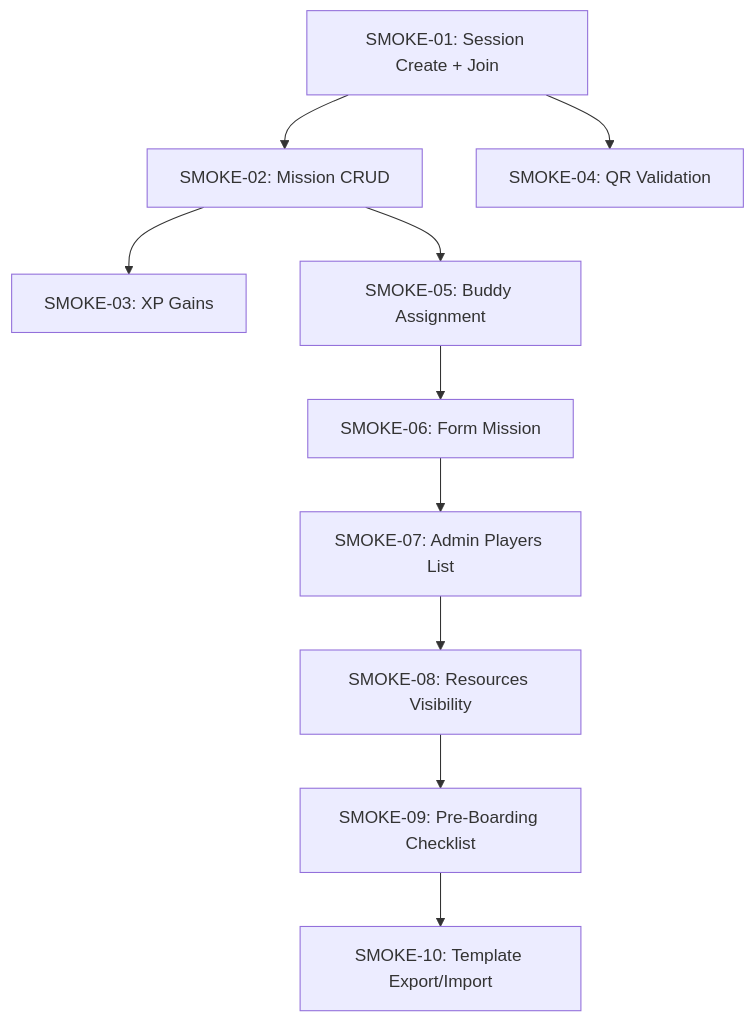
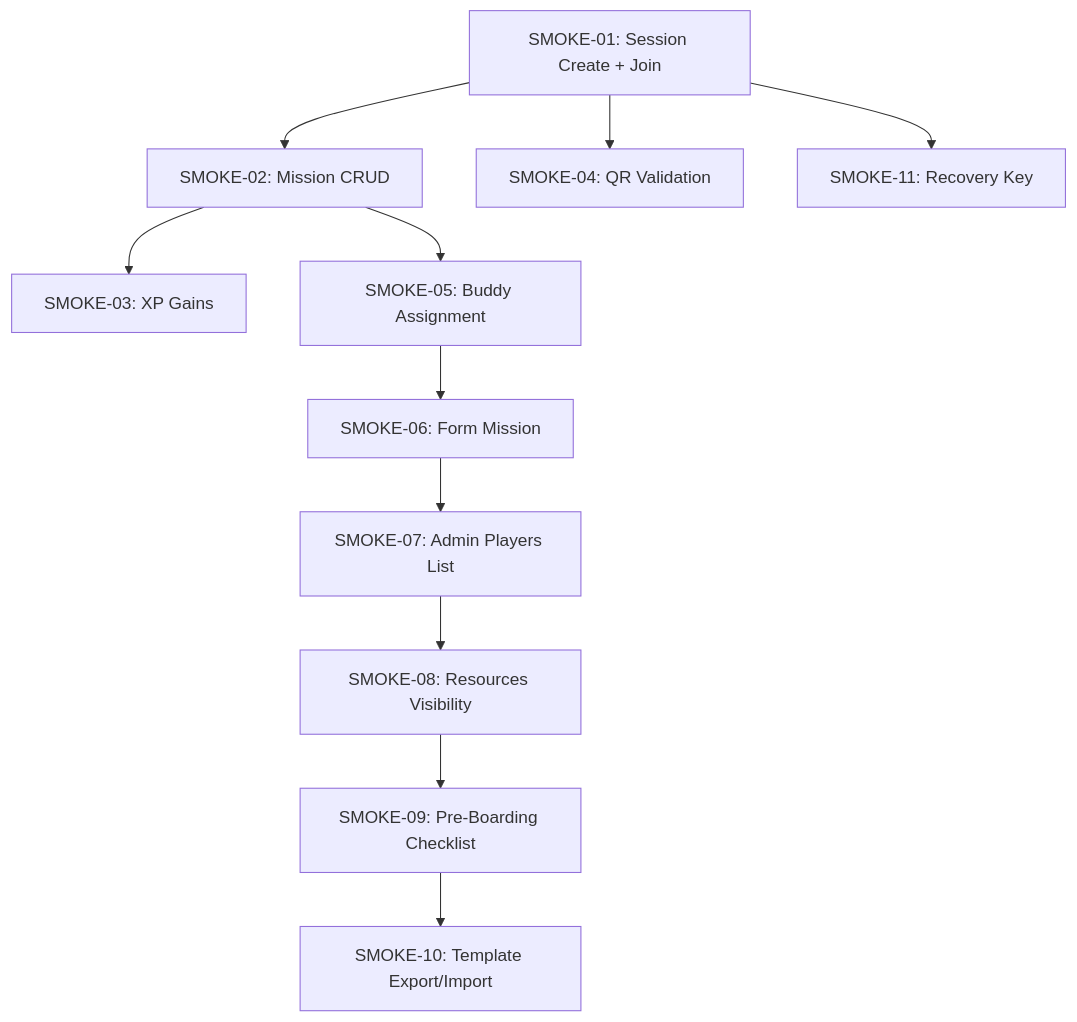
The first of 2 diagrams in plans/pocketbase-full-integration-strategy.md (hoonsubin/messe-buddy-app), drawn with Mermaid before and after one commit. The commit also changed other lines of this file and 40 other files, not shown here.

````diff
--- a/plans/pocketbase-full-integration-strategy.md
+++ b/plans/pocketbase-full-integration-strategy.md
@@ -811,12 +744,13 @@
 ```mermaid
 flowchart TD
     A[SMOKE-01: Session Create + Join] --> B[SMOKE-02: Mission CRUD]
     B --> C[SMOKE-03: XP Gains]
     A --> D[SMOKE-04: QR Validation]
     B --> E[SMOKE-05: Buddy Assignment]
     E --> F[SMOKE-06: Form Mission]
     F --> G[SMOKE-07: Admin Players List]
     G --> H[SMOKE-08: Resources Visibility]
     H --> I[SMOKE-09: Pre-Boarding Checklist]
     I --> J[SMOKE-10: Template Export/Import]
+    A --> K[SMOKE-11: Recovery Key]
 ```
````
